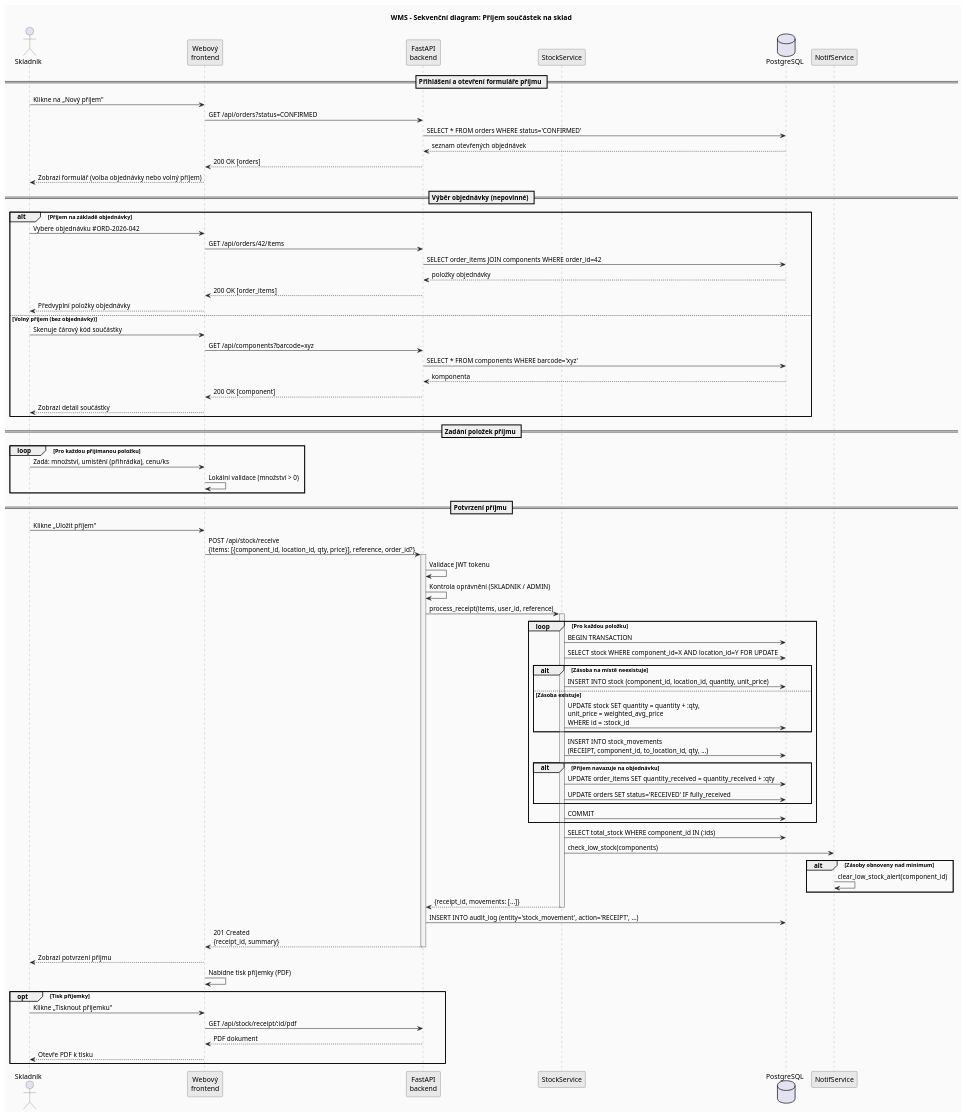
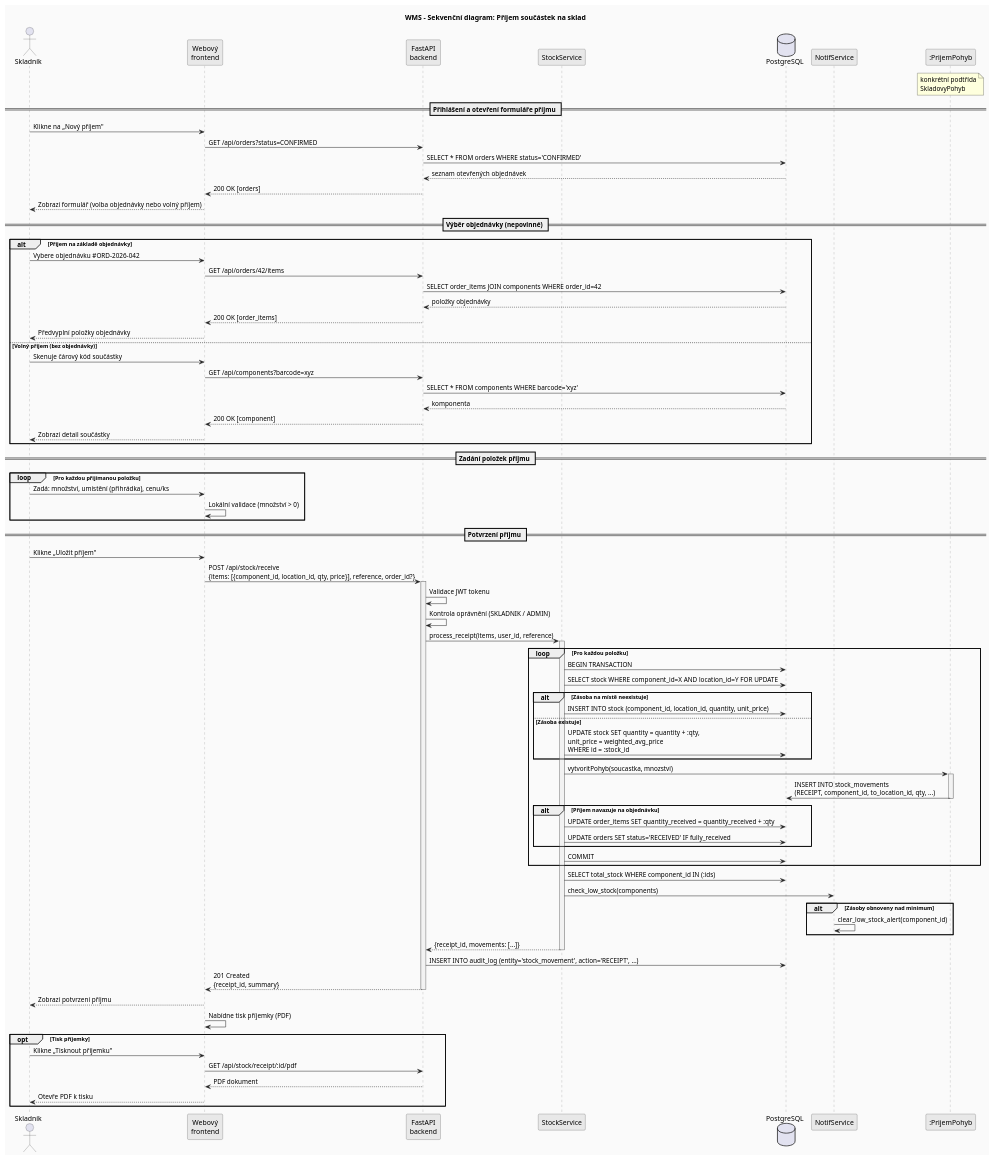
One commit to lkvapil/kOdevzdaniProjektWMS changed the diagram in diagrams/04_sequence_prijem.puml. Above: the diagram before and after it, drawn with PlantUML. The commit also changed 6 other files, not shown here.

Commit message:
fix: oprav participanty SkladovyPohyb v sekvenčních diagramech

```diff
--- a/diagrams/04_sequence_prijem.puml
+++ b/diagrams/04_sequence_prijem.puml
@@ -1,113 +1,118 @@
 @startuml 04_sequence_prijem
 title WMS – Sekvenční diagram: Příjem součástek na sklad
 
 skinparam backgroundColor #FAFAFA
 skinparam sequence {
   ArrowColor #222222
   ActorBorderColor #444444
   LifeLineBorderColor #888888
   LifeLineBackgroundColor #F2F2F2
   ParticipantBackgroundColor #E8E8E8
   ParticipantBorderColor #444444
   BoxBackgroundColor #F5F5F5
   BoxBorderColor #999999
 }
 
 actor "Skladník" as Skladnik
 participant "Webový\nfrontend" as UI
 participant "FastAPI\nbackend" as API
 participant "StockService" as SVC
 database "PostgreSQL" as DB
 participant "NotifService" as NOTIF
+participant ":PrijemPohyb" as Pohyb
+note over Pohyb : konkrétní podtřída\nSkladovyPohyb
 
 == Přihlášení a otevření formuláře příjmu ==
 
 Skladnik -> UI : Klikne na „Nový příjem"
 UI -> API : GET /api/orders?status=CONFIRMED
 API -> DB : SELECT * FROM orders WHERE status='CONFIRMED'
 DB --> API : seznam otevřených objednávek
 API --> UI : 200 OK [orders]
 UI --> Skladnik : Zobrazí formulář (volba objednávky nebo volný příjem)
 
 == Výběr objednávky (nepovinné) ==
 
 alt Příjem na základě objednávky
   Skladnik -> UI : Vybere objednávku #ORD-2026-042
   UI -> API : GET /api/orders/42/items
   API -> DB : SELECT order_items JOIN components WHERE order_id=42
   DB --> API : položky objednávky
   API --> UI : 200 OK [order_items]
   UI --> Skladnik : Předvyplní položky objednávky
 else Volný příjem (bez objednávky)
   Skladnik -> UI : Skenuje čárový kód součástky
   UI -> API : GET /api/components?barcode=xyz
   API -> DB : SELECT * FROM components WHERE barcode='xyz'
   DB --> API : komponenta
   API --> UI : 200 OK [component]
   UI --> Skladnik : Zobrazí detail součástky
 end
 
 == Zadání položek příjmu ==
 
 loop Pro každou přijímanou položku
   Skladnik -> UI : Zadá: množství, umístění (přihrádka), cenu/ks
   UI -> UI : Lokální validace (množství > 0)
 end
 
 == Potvrzení příjmu ==
 
 Skladnik -> UI : Klikne „Uložit příjem"
 UI -> API : POST /api/stock/receive\n{items: [{component_id, location_id, qty, price}], reference, order_id?}
 activate API
 
 API -> API : Validace JWT tokenu
 API -> API : Kontrola oprávnění (SKLADNIK / ADMIN)
 
 API -> SVC : process_receipt(items, user_id, reference)
 activate SVC
 
 loop Pro každou položku
   SVC -> DB : BEGIN TRANSACTION
   SVC -> DB : SELECT stock WHERE component_id=X AND location_id=Y FOR UPDATE
   
   alt Zásoba na místě neexistuje
     SVC -> DB : INSERT INTO stock (component_id, location_id, quantity, unit_price)
   else Zásoba existuje
     SVC -> DB : UPDATE stock SET quantity = quantity + :qty,\nunit_price = weighted_avg_price\nWHERE id = :stock_id
   end
   
-  SVC -> DB : INSERT INTO stock_movements\n(RECEIPT, component_id, to_location_id, qty, ...)
+  SVC -> Pohyb : vytvoritPohyb(soucastka, mnozstvi)
+  activate Pohyb
+  Pohyb -> DB : INSERT INTO stock_movements\n(RECEIPT, component_id, to_location_id, qty, ...)
+  deactivate Pohyb
   
   alt Příjem navazuje na objednávku
     SVC -> DB : UPDATE order_items SET quantity_received = quantity_received + :qty
     SVC -> DB : UPDATE orders SET status='RECEIVED' IF fully_received
   end
   
   SVC -> DB : COMMIT
 end
 
 SVC -> DB : SELECT total_stock WHERE component_id IN (:ids)
 SVC -> NOTIF : check_low_stock(components)
 
 alt Zásoby obnoveny nad minimum
   NOTIF -> NOTIF : clear_low_stock_alert(component_id)
 end
 
 SVC --> API : {receipt_id, movements: [...]}
 deactivate SVC
 
 API -> DB : INSERT INTO audit_log (entity='stock_movement', action='RECEIPT', ...)
 API --> UI : 201 Created\n{receipt_id, summary}
 deactivate API
 
 UI --> Skladnik : Zobrazí potvrzení příjmu
 UI -> UI : Nabídne tisk příjemky (PDF)
 
 opt Tisk příjemky
   Skladnik -> UI : Klikne „Tisknout příjemku"
   UI -> API : GET /api/stock/receipt/:id/pdf
   API --> UI : PDF dokument
   UI --> Skladnik : Otevře PDF k tisku
 end
 
 @enduml
```
